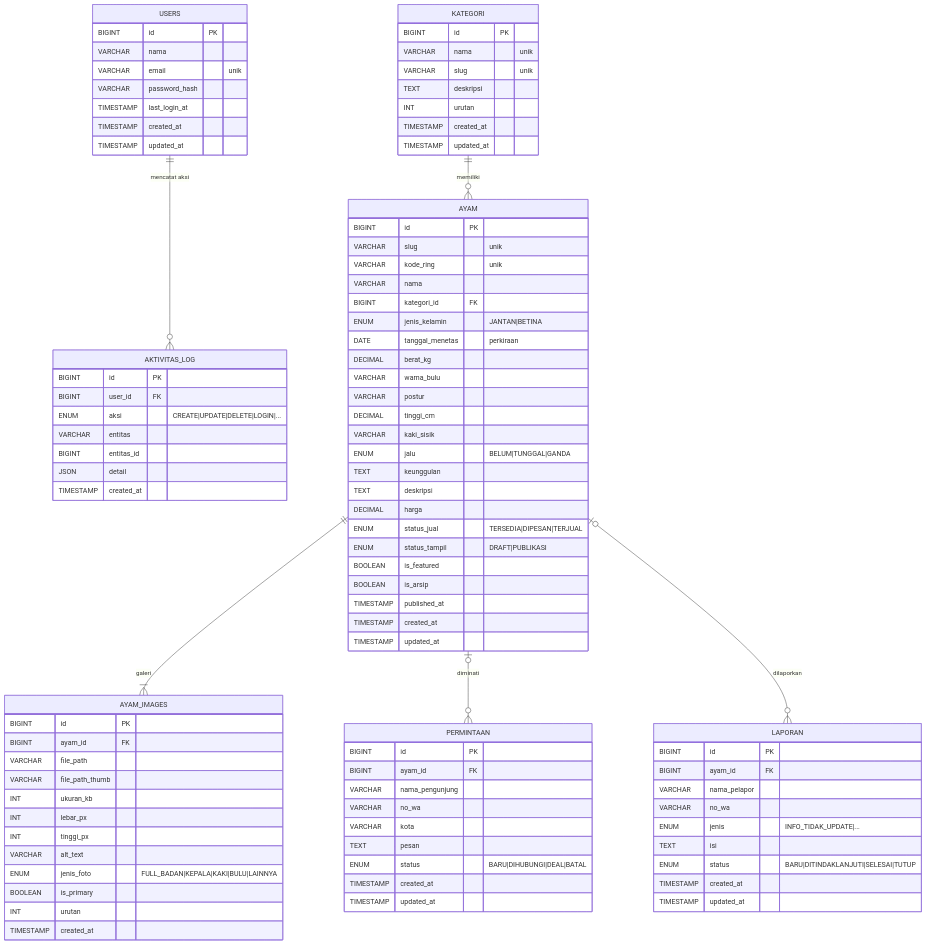
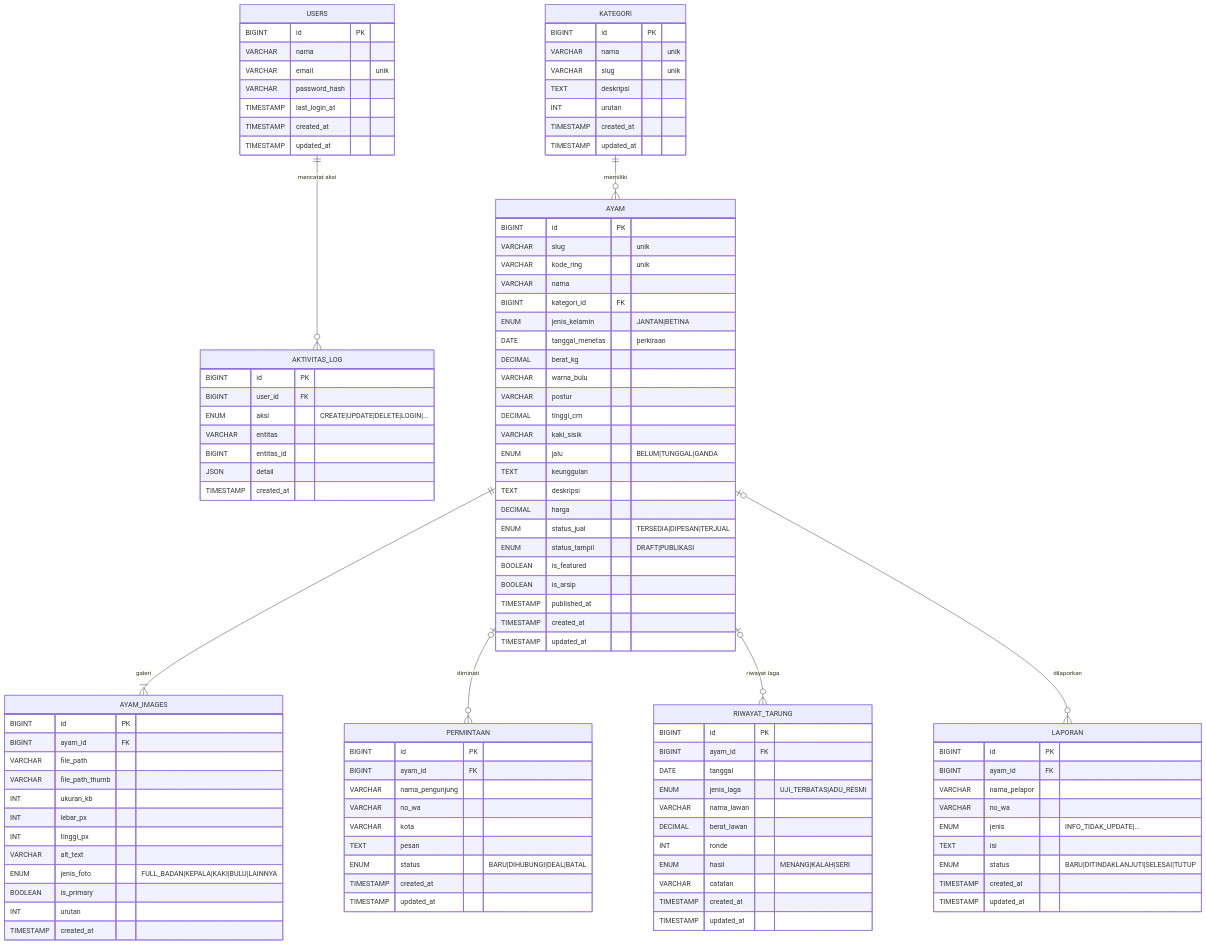
The diagram in docs/ERD.md (anggarabudiyantooo-hub/hw-catalog), drawn with Mermaid before and after one commit. The commit also changed other lines of this file and 12 other files, not shown here.

Commit message:
docs(design): revisi M0 rev6 — riwayat tarung (menang/kalah/seri) sebagai poin penilaian; rekap otomatis di kartu, detail & panel

```diff
--- a/docs/ERD.md
+++ b/docs/ERD.md
@@ -35,7 +35,22 @@
 
     AYAM ||--|{ AYAM_IMAGES : "galeri"
     AYAM |o--o{ PERMINTAAN : "diminati"
+    AYAM |o--o{ RIWAYAT_TARUNG : "riwayat laga"
     AYAM |o--o{ LAPORAN : "dilaporkan"
+
+    RIWAYAT_TARUNG {
+        BIGINT id PK
+        BIGINT ayam_id FK
+        DATE tanggal
+        ENUM jenis_laga "UJI_TERBATAS|ADU_RESMI"
+        VARCHAR nama_lawan
+        DECIMAL berat_lawan
+        INT ronde
+        ENUM hasil "MENANG|KALAH|SERI"
+        VARCHAR catatan
+        TIMESTAMP created_at
+        TIMESTAMP updated_at
+    }
 
     LAPORAN {
         BIGINT id PK
```
